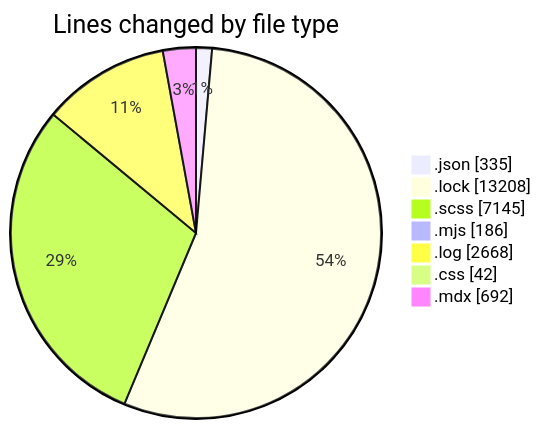
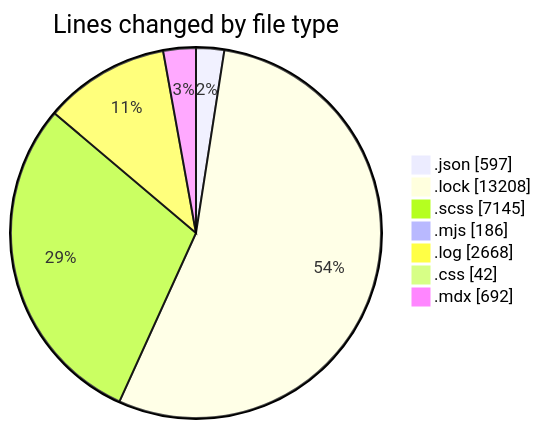
Before and after one commit to momahboobian/code-tracking: the first of 2 diagrams in 2026-01-26/cda/README.md, drawn with Mermaid. The commit also changed other lines of this file and 1 other file, not shown here.

````diff
--- a/2026-01-26/cda/README.md
+++ b/2026-01-26/cda/README.md
@@ -42,11 +42,11 @@
 ```mermaid
 pie showData
 title Lines changed by file type
-".json" : 335
+".json" : 597
 ".lock" : 13208
 ".scss" : 7145
 ".mjs" : 186
 ".log" : 2668
 ".css" : 42
 ".mdx" : 692
 ```
````
